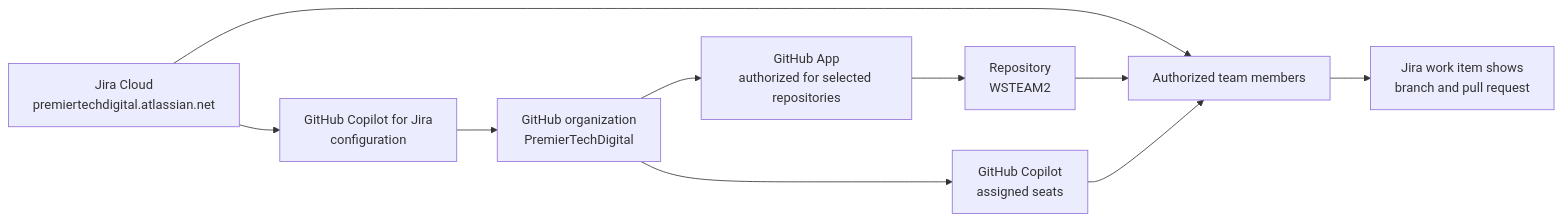
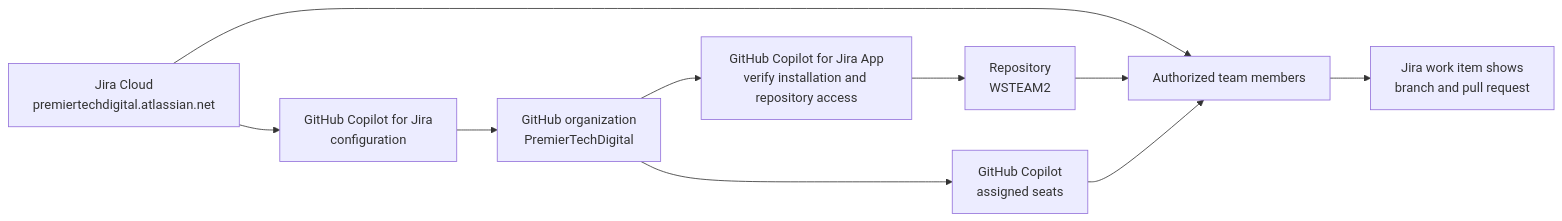
Before and after one commit to PremierTechDigital/WSTEAM2: the first of 2 diagrams in README.md, drawn with Mermaid. The commit also changed other lines of this file, not shown here.

Commit message:
docs: add Jira automation Copilot pilot

````diff
--- a/README.md
+++ b/README.md
@@ -20,21 +20,21 @@
 ```mermaid
 flowchart LR
 	Jira[Jira Cloud<br/>premiertechdigital.atlassian.net]
 	Copilot[GitHub Copilot for Jira<br/>configuration]
 	Org[GitHub organization<br/>PremierTechDigital]
-	App[GitHub App<br/>authorized for selected repositories]
+	App[GitHub Copilot for Jira App<br/>verify installation and repository access]
 	Repo[Repository<br/>WSTEAM2]
 	Seats[GitHub Copilot<br/>assigned seats]
 	Team[Authorized team members]
 	Validation[Jira work item shows<br/>branch and pull request]
 
 	Jira --> Copilot
 	Copilot --> Org
 	Org --> App
 	App --> Repo
 	Org --> Seats
 	Jira --> Team
 	Repo --> Team
 	Seats --> Team
 	Team --> Validation
 ```
````
